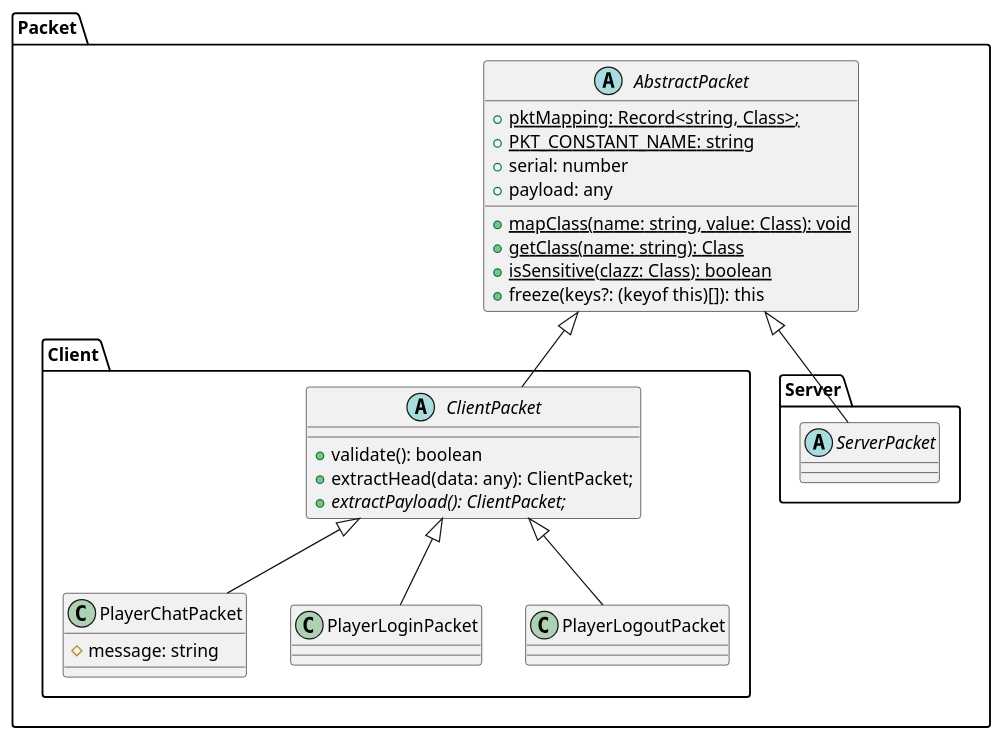
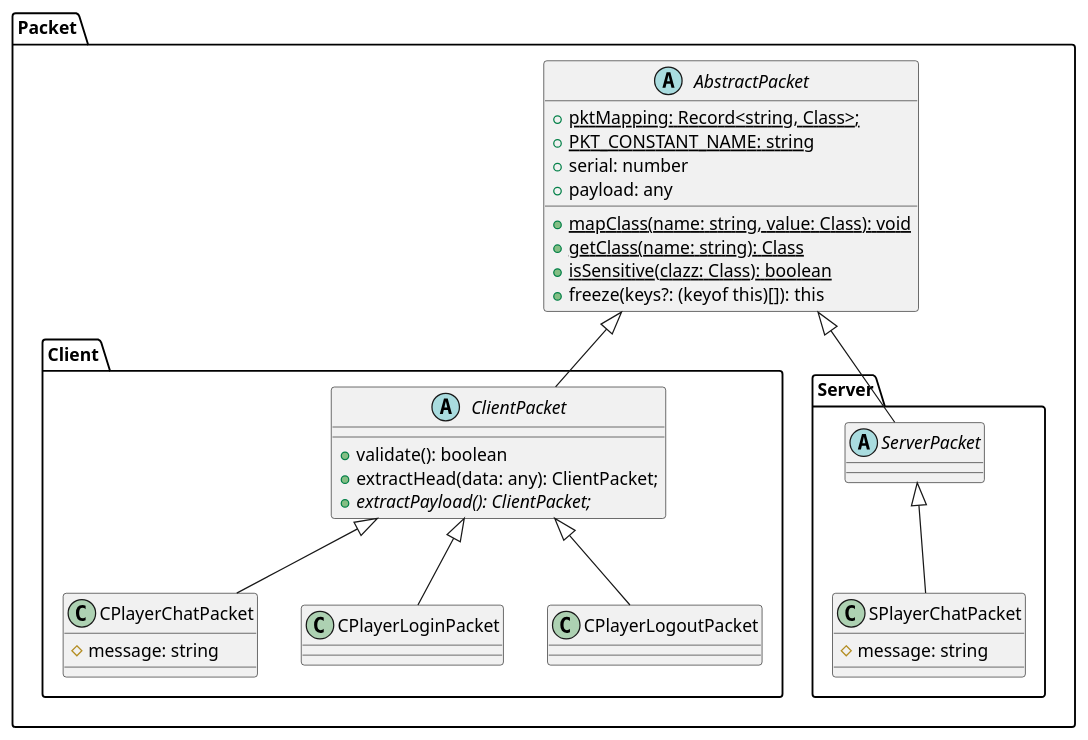
The diagram in doc/uml/class-diagram/CD-Packet.puml (SibylForge/SibylForge), drawn with PlantUML before and after one commit. The commit also changed 6 other files, not shown here.

Commit message:
feat(server): ServerPacket & uml

```diff
--- a/doc/uml/class-diagram/CD-Packet.puml
+++ b/doc/uml/class-diagram/CD-Packet.puml
@@ -1,35 +1,39 @@
 @startuml Packet
 
 namespace Packet {
 	abstract class AbstractPacket {
 		+{static} pktMapping: Record<string, Class>;
 		+{static} PKT_CONSTANT_NAME: string
 		+serial: number
 		+payload: any
 		+{static} mapClass(name: string, value: Class): void
 		+{static} getClass(name: string): Class
 		+{static} isSensitive(clazz: Class): boolean
 		+freeze(keys?: (keyof this)[]): this
 	}
 
 	namespace Client {
 		abstract class ClientPacket extends .Packet.AbstractPacket {
 			+validate(): boolean
 			+extractHead(data: any): ClientPacket;
 			+{abstract} extractPayload(): ClientPacket;
 		}
 
-		class PlayerChatPacket extends ClientPacket {
+		class CPlayerChatPacket extends ClientPacket {
 			#message: string
 		}
 
-		class PlayerLoginPacket extends ClientPacket {}
-		class PlayerLogoutPacket extends ClientPacket {}
+		class CPlayerLoginPacket extends ClientPacket {}
+		class CPlayerLogoutPacket extends ClientPacket {}
 	}
 
 	namespace Server {
 		abstract class ServerPacket extends .Packet.AbstractPacket {}
+
+		class SPlayerChatPacket extends ServerPacket {
+			#message: string
+		}
 	}
 }
 
 @enduml
```
